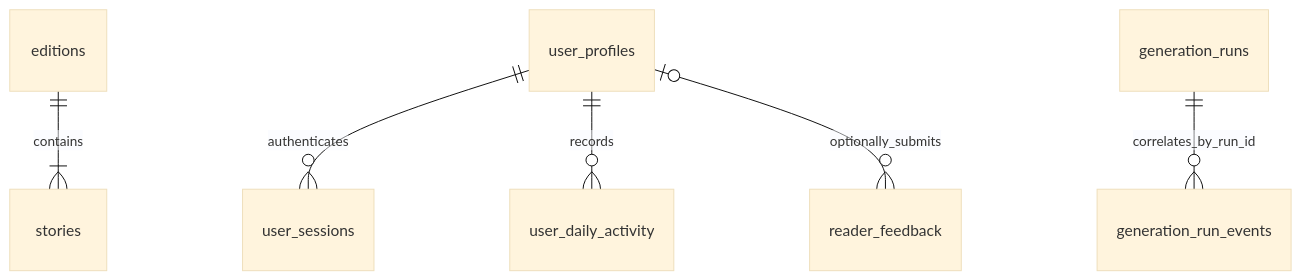
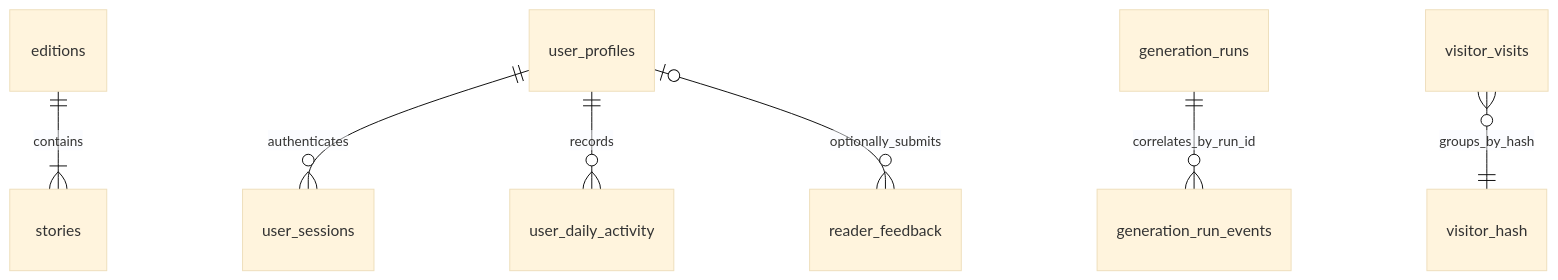
The diagram in docs/D1_SCHEMA_REFERENCE.md (RadheCode/AINuggets), drawn with Mermaid (base theme) before and after one commit. The commit also changed other lines of this file and 7 other files, not shown here.

````diff
--- a/docs/D1_SCHEMA_REFERENCE.md
+++ b/docs/D1_SCHEMA_REFERENCE.md
@@ -26,8 +27,9 @@
 ```mermaid
 erDiagram
   editions ||--|{ stories : contains
   user_profiles ||--o{ user_sessions : authenticates
   user_profiles ||--o{ user_daily_activity : records
   user_profiles o|--o{ reader_feedback : optionally_submits
   generation_runs ||--o{ generation_run_events : correlates_by_run_id
+  visitor_visits }o--|| visitor_hash : groups_by_hash
 ```
````
